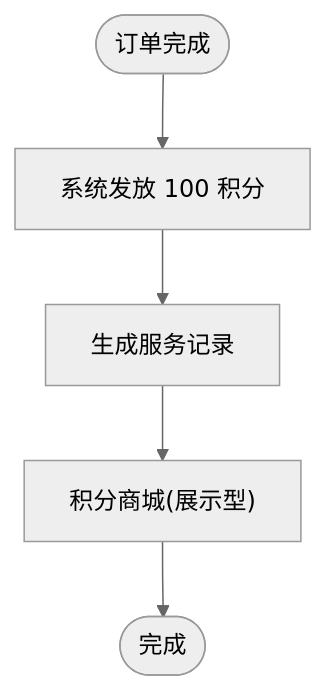
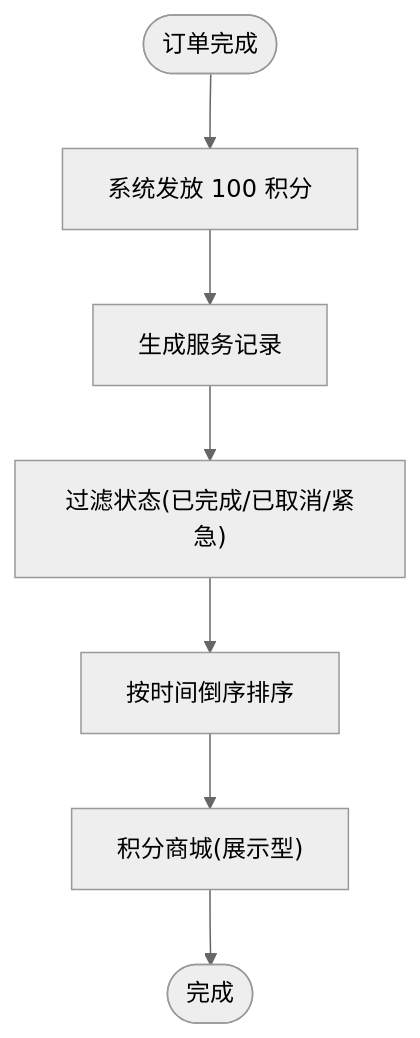
Before and after one commit to Jayden23018/blind-run-ios: the ninth of 12 diagrams in .qoder/repowiki/zh/content/核心功能模块/志愿者功能/志愿者功能.md, drawn with Mermaid (neutral theme). The commit also changed other lines of this file and 11 other files, not shown here.

Commit message:
Unify emergency safety flow and status handling

````diff
--- a/.qoder/repowiki/zh/content/核心功能模块/志愿者功能/志愿者功能.md
+++ b/.qoder/repowiki/zh/content/核心功能模块/志愿者功能/志愿者功能.md
@@ -317,7 +457,9 @@
 ```mermaid
 flowchart TD
 Start(["订单完成"]) --> Award["系统发放 100 积分"]
 Award --> Record["生成服务记录"]
-Record --> Shop["积分商城(展示型)"]
+Record --> Filter["过滤状态(已完成/已取消/紧急)"]
+Filter --> Sort["按时间倒序排序"]
+Sort --> Shop["积分商城(展示型)"]
 Shop --> End(["完成"])
 ```
````
